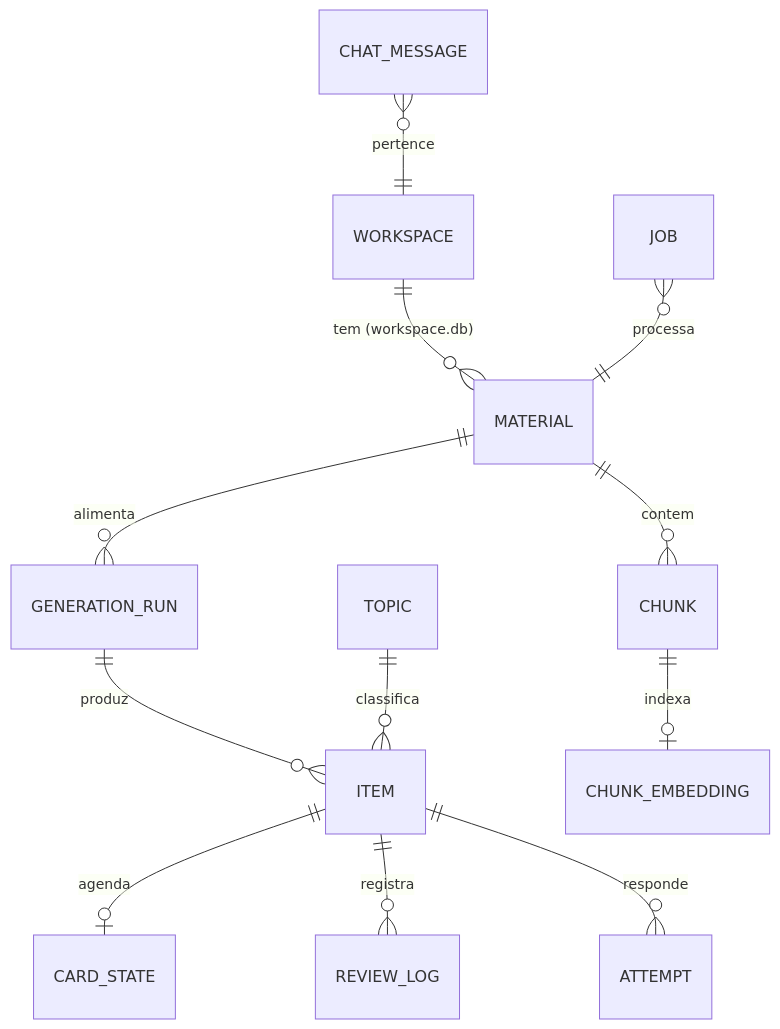
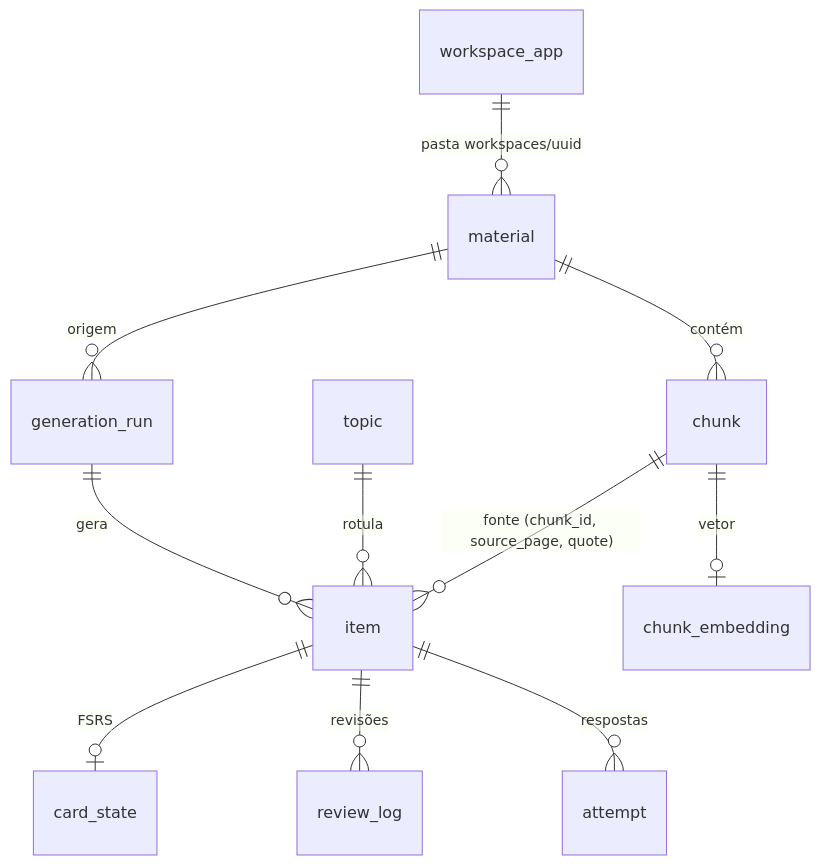
One commit to luk3rr/MIND changed the diagram in .aidlc/codekb/MIND/data-model.md. Above: the diagram before and after it, drawn with Mermaid. The commit also changed other lines of this file and 15 other files, not shown here.

````diff
--- a/.aidlc/codekb/MIND/data-model.md
+++ b/.aidlc/codekb/MIND/data-model.md
@@ -6,14 +5,13 @@
 ```mermaid
 erDiagram
-  WORKSPACE ||--o{ MATERIAL : "tem (workspace.db)"
-  MATERIAL ||--o{ CHUNK : contem
-  MATERIAL ||--o{ GENERATION_RUN : alimenta
-  GENERATION_RUN ||--o{ ITEM : produz
-  TOPIC ||--o{ ITEM : classifica
-  ITEM ||--o| CARD_STATE : agenda
-  ITEM ||--o{ REVIEW_LOG : registra
-  ITEM ||--o{ ATTEMPT : responde
-  CHUNK ||--o| CHUNK_EMBEDDING : indexa
-  JOB }o--|| MATERIAL : processa
-  CHAT_MESSAGE }o--|| WORKSPACE : pertence
+  workspace_app ||--o{ material : "pasta workspaces/uuid"
+  material ||--o{ chunk : contém
+  material ||--o{ generation_run : origem
+  generation_run ||--o{ item : gera
+  topic ||--o{ item : rotula
+  chunk ||--o{ item : "fonte (chunk_id, source_page, quote)"
+  item ||--o| card_state : FSRS
+  item ||--o{ review_log : revisões
+  item ||--o{ attempt : respostas
+  chunk ||--o| chunk_embedding : vetor
 ```
````
